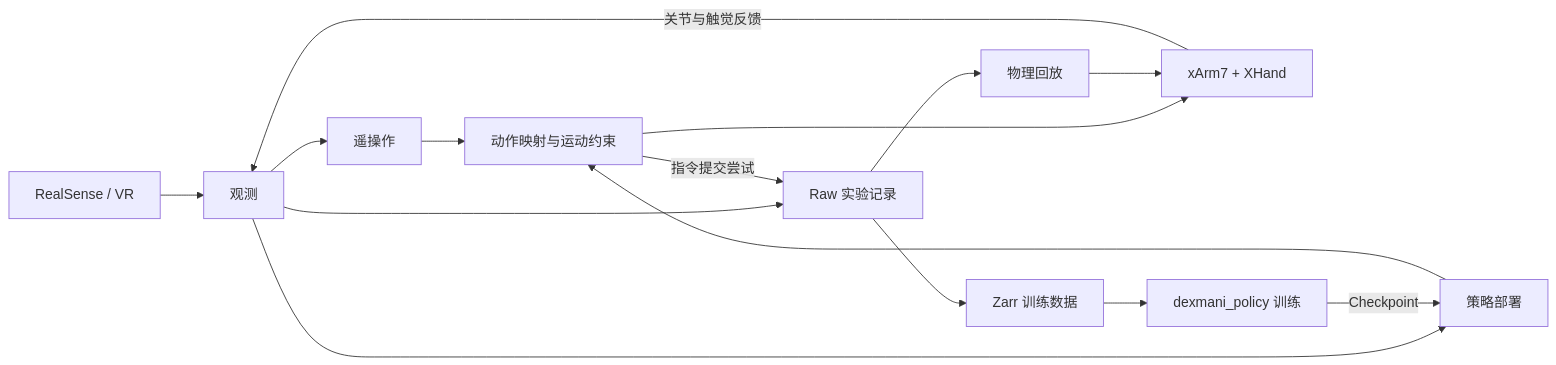
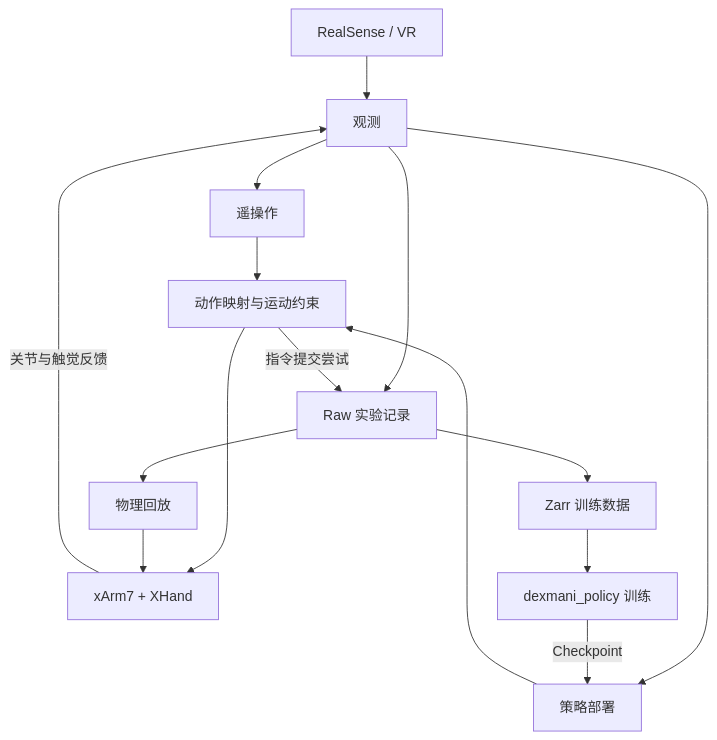
One commit to haoyangzhanglab/dexmani_real changed the diagram in README.md. Above: the diagram before and after it, drawn with Mermaid. The commit also changed other lines of this file and 10 other files, not shown here.

````diff
--- a/README.md
+++ b/README.md
@@ -9,12 +9,12 @@
 ```mermaid
-flowchart LR
+flowchart TD
     sensors[RealSense / VR] --> observation[观测]
     robot[xArm7 + XHand] -->|关节与触觉反馈| observation
     observation --> teleop[遥操作] --> control[动作映射与运动约束] --> robot
     observation --> deployment[策略部署] --> control
     observation --> raw[Raw 实验记录]
     control -->|指令提交尝试| raw
     raw --> export[Zarr 训练数据] --> training[dexmani_policy 训练]
     training -->|Checkpoint| deployment
     raw --> replay[物理回放] --> robot
 ```
````
